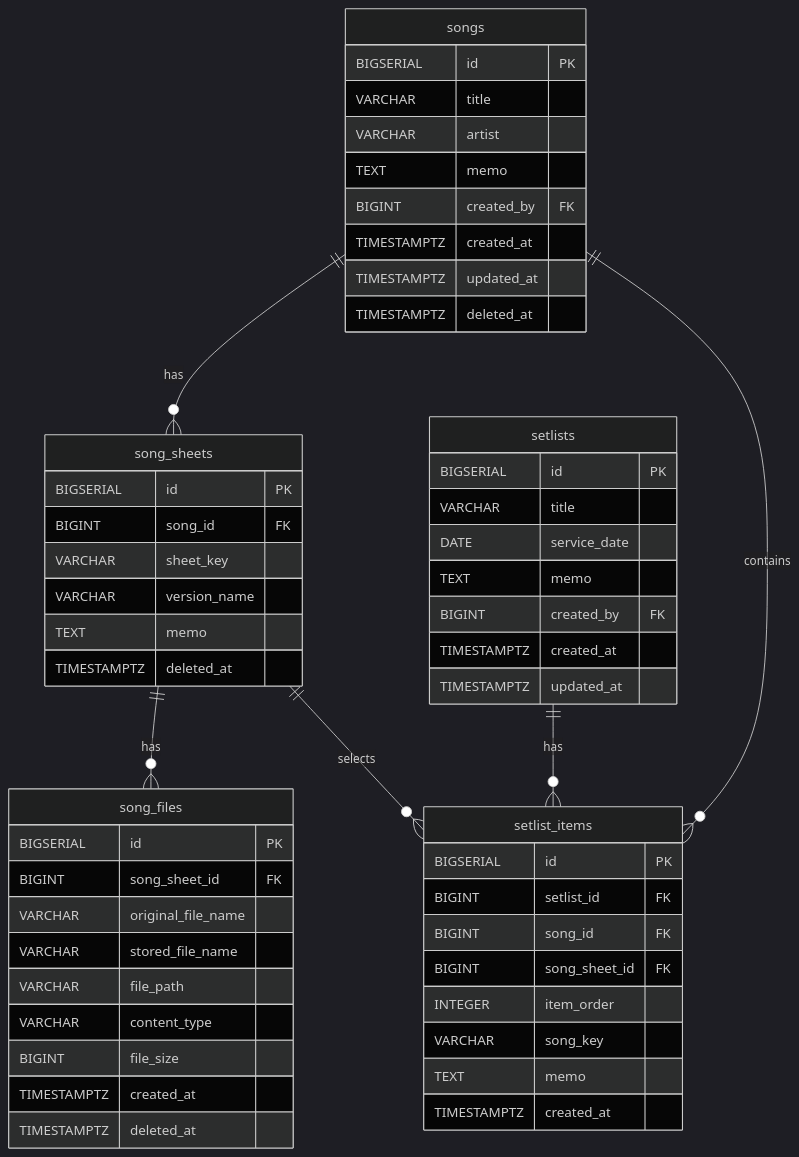
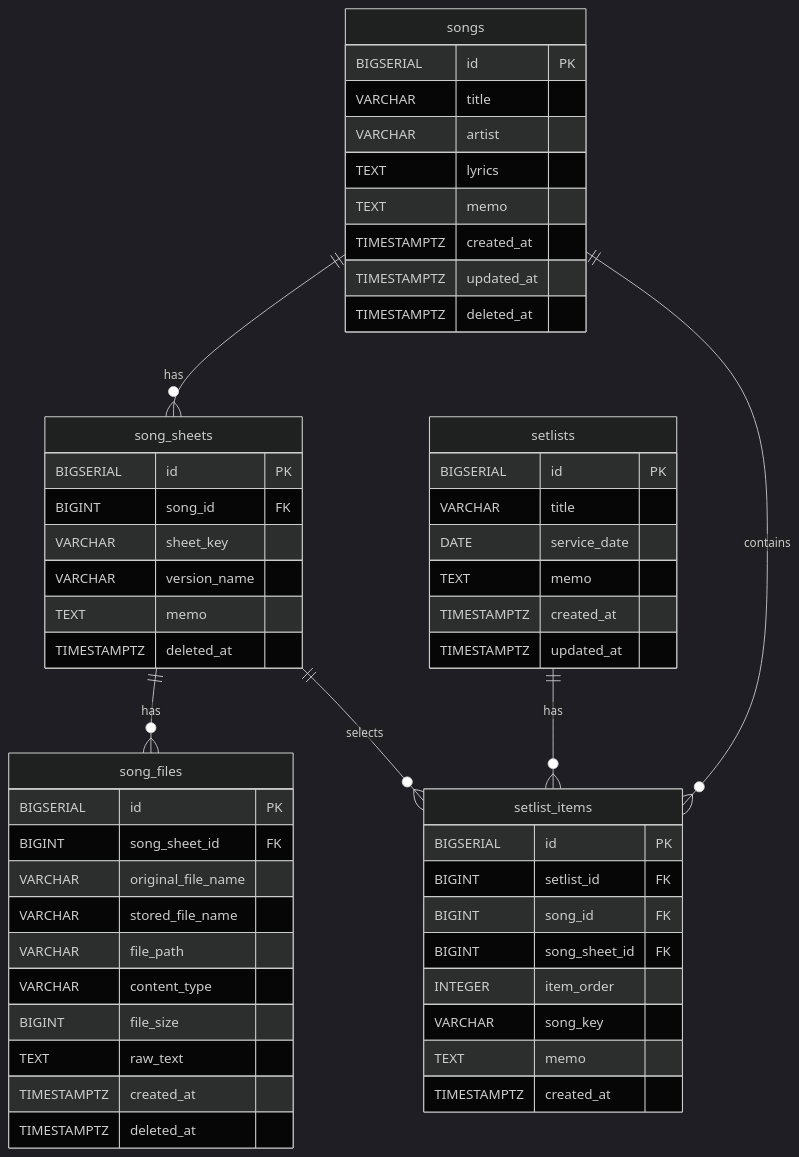
Before and after one commit to jeybell/sheet-music: the diagram in README.md, drawn with Mermaid (dark theme). The commit also changed other lines of this file, not shown here.

Commit message:
docs: README.md 전체 작성 (프로젝트 개요, 기술 스택, ERD, API 문서화)

````diff
--- a/README.md
+++ b/README.md
@@ -5,61 +81,61 @@
 ```mermaid
 erDiagram
     songs ||--o{ song_sheets : has
     song_sheets ||--o{ song_files : has
     setlists ||--o{ setlist_items : has
     songs ||--o{ setlist_items : contains
     song_sheets ||--o{ setlist_items : selects
 
     songs {
         BIGSERIAL id PK
         VARCHAR title
         VARCHAR artist
+        TEXT lyrics
         TEXT memo
-        BIGINT created_by FK
         TIMESTAMPTZ created_at
         TIMESTAMPTZ updated_at
         TIMESTAMPTZ deleted_at
     }
 
     song_sheets {
         BIGSERIAL id PK
         BIGINT song_id FK
         VARCHAR sheet_key
         VARCHAR version_name
         TEXT memo
         TIMESTAMPTZ deleted_at
     }
 
     song_files {
         BIGSERIAL id PK
         BIGINT song_sheet_id FK
         VARCHAR original_file_name
         VARCHAR stored_file_name
         VARCHAR file_path
         VARCHAR content_type
         BIGINT file_size
+        TEXT raw_text
         TIMESTAMPTZ created_at
         TIMESTAMPTZ deleted_at
     }
 
     setlists {
         BIGSERIAL id PK
         VARCHAR title
         DATE service_date
         TEXT memo
-        BIGINT created_by FK
         TIMESTAMPTZ created_at
         TIMESTAMPTZ updated_at
     }
 
     setlist_items {
         BIGSERIAL id PK
         BIGINT setlist_id FK
         BIGINT song_id FK
         BIGINT song_sheet_id FK
         INTEGER item_order
         VARCHAR song_key
         TEXT memo
         TIMESTAMPTZ created_at
     }
 ```
````
